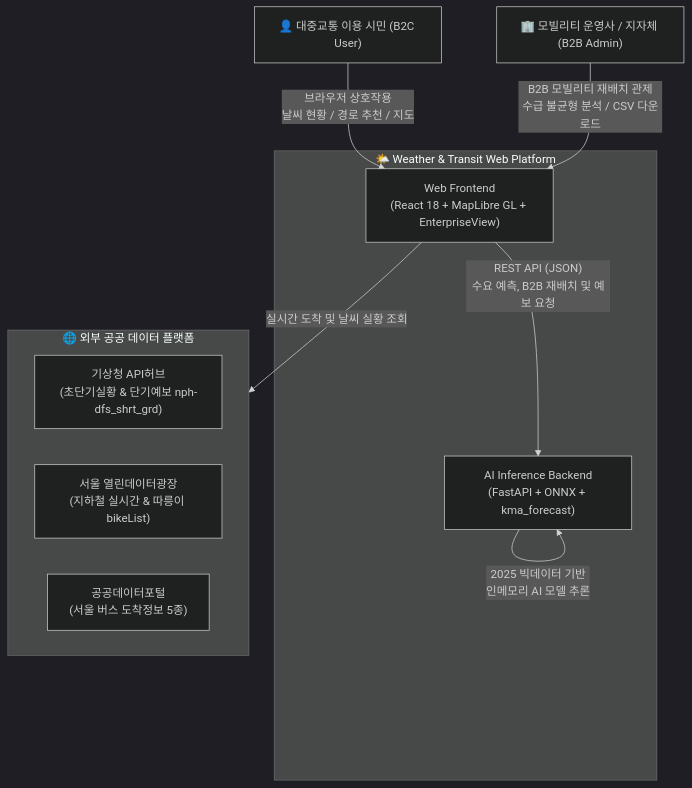
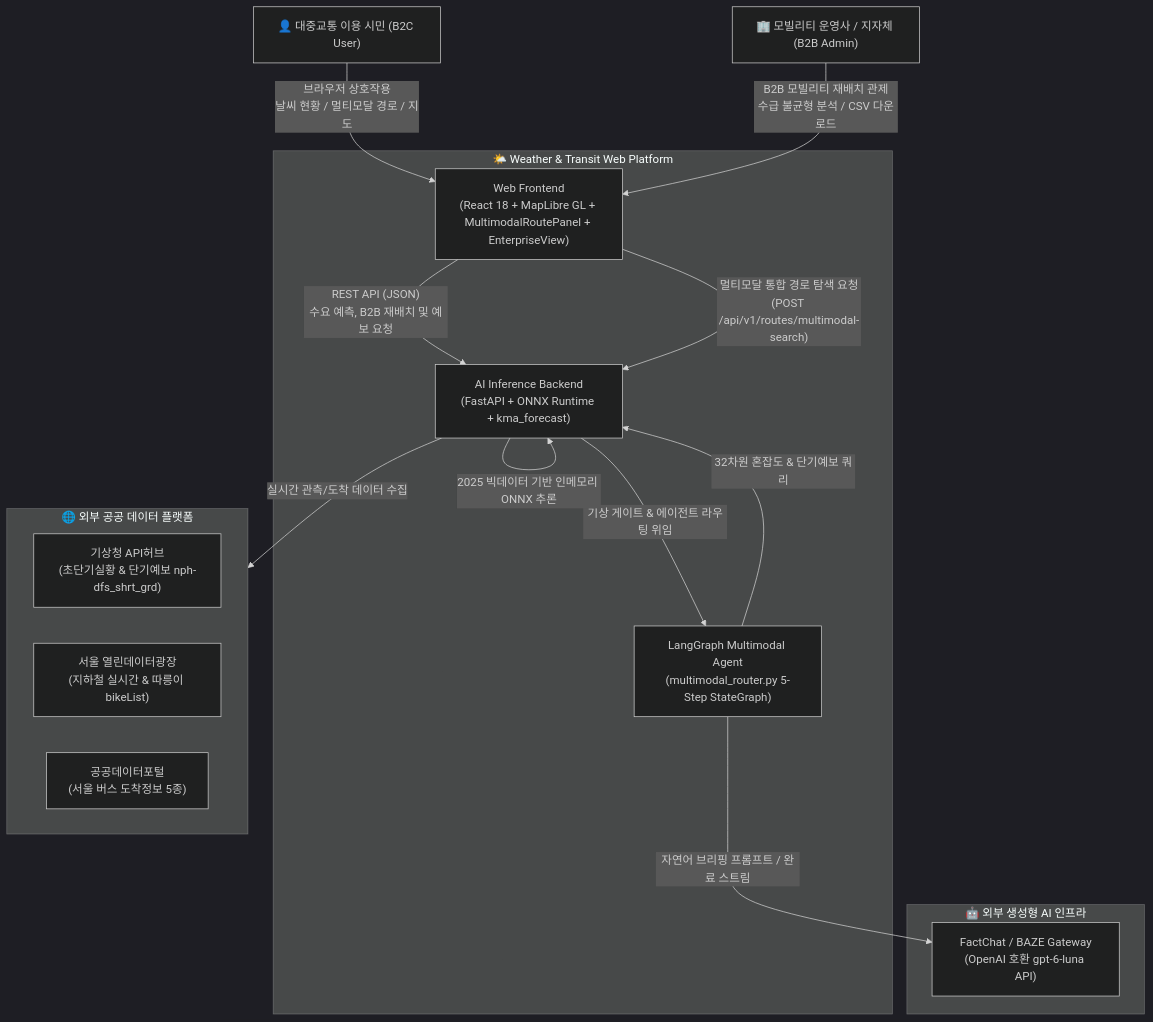
One commit to 14EE4/weather-transit-web changed the first of 7 diagrams in docs/SYSTEM_ARCHITECTURE.md. Above: the diagram before and after it, drawn with Mermaid (dark theme). The commit also changed other lines of this file and 2 other files, not shown here.

Commit message:
docs: update system architecture diagrams and specs with LangGraph and FactChat LLM (#31)

````diff
--- a/docs/SYSTEM_ARCHITECTURE.md
+++ b/docs/SYSTEM_ARCHITECTURE.md
@@ -44,22 +47,31 @@
 ```mermaid
 flowchart TD
     User["👤 대중교통 이용 시민 (B2C User)"]
     Admin["🏢 모빌리티 운영사 / 지자체 (B2B Admin)"]
     
     subgraph WeatherTransitSystem ["🌤️ Weather & Transit Web Platform"]
-        Frontend["Web Frontend<br>(React 18 + MapLibre GL + EnterpriseView)"]
-        Backend["AI Inference Backend<br>(FastAPI + ONNX + kma_forecast)"]
+        Frontend["Web Frontend<br>(React 18 + MapLibre GL + MultimodalRoutePanel + EnterpriseView)"]
+        Backend["AI Inference Backend<br>(FastAPI + ONNX Runtime + kma_forecast)"]
+        AgentRouter["LangGraph Multimodal Agent<br>(multimodal_router.py 5-Step StateGraph)"]
     end
     
     subgraph ExternalServices ["🌐 외부 공공 데이터 플랫폼"]
         KMA["기상청 API허브<br>(초단기실황 & 단기예보 nph-dfs_shrt_grd)"]
         SeoulAPI["서울 열린데이터광장<br>(지하철 실시간 & 따릉이 bikeList)"]
         DataGoKr["공공데이터포털<br>(서울 버스 도착정보 5종)"]
     end
+
+    subgraph LLMGateway ["🤖 외부 생성형 AI 인프라"]
+        FactChat["FactChat / BAZE Gateway<br>(OpenAI 호환 gpt-6-luna API)"]
+    end
     
-    User -->|"브라우저 상호작용<br>날씨 현황 / 경로 추천 / 지도"| Frontend
+    User -->|"브라우저 상호작용<br>날씨 현황 / 멀티모달 경로 / 지도"| Frontend
     Admin -->|"B2B 모빌리티 재배치 관제<br>수급 불균형 분석 / CSV 다운로드"| Frontend
     Frontend -->|"REST API (JSON)<br>수요 예측, B2B 재배치 및 예보 요청"| Backend
-    Frontend -->|"실시간 도착 및 날씨 실황 조회"| ExternalServices
-    Backend -->|"2025 빅데이터 기반<br>인메모리 AI 모델 추론"| Backend
+    Frontend -->|"멀티모달 통합 경로 탐색 요청<br>(POST /api/v1/routes/multimodal-search)"| Backend
+    Backend -->|"기상 게이트 & 에이전트 라우팅 위임"| AgentRouter
+    AgentRouter -->|"자연어 브리핑 프롬프트 / 완료 스트림"| FactChat
+    AgentRouter -->|"32차원 혼잡도 & 단기예보 쿼리"| Backend
+    Backend -->|"실시간 관측/도착 데이터 수집"| ExternalServices
+    Backend -->|"2025 빅데이터 기반 인메모리 ONNX 추론"| Backend
 ```
````
